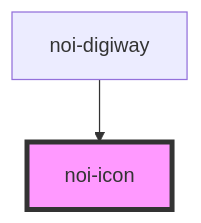
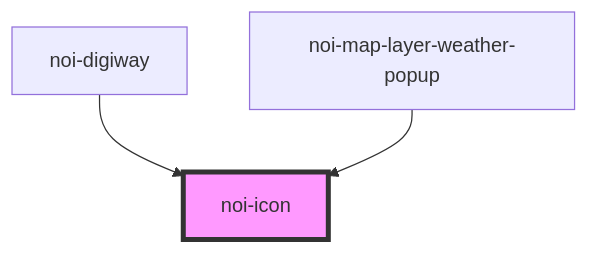
One commit to MaxXx1313/webcomp-digiway changed the diagram in src/blocks/icon/readme.md. Above: the diagram before and after it, drawn with Mermaid. The commit also changed other lines of this file and 12 other files, not shown here.

````diff
--- a/src/blocks/icon/readme.md
+++ b/src/blocks/icon/readme.md
@@ -36,5 +37,6 @@
 ```mermaid
 graph TD;
   noi-digiway --> noi-icon
+  noi-map-layer-weather-popup --> noi-icon
   style noi-icon fill:#f9f,stroke:#333,stroke-width:4px
 ```
````
